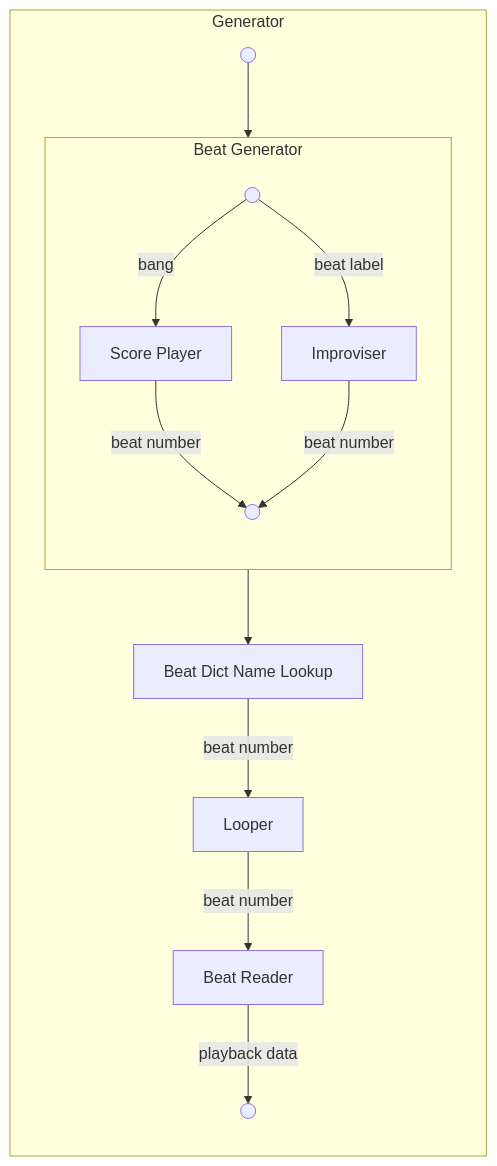
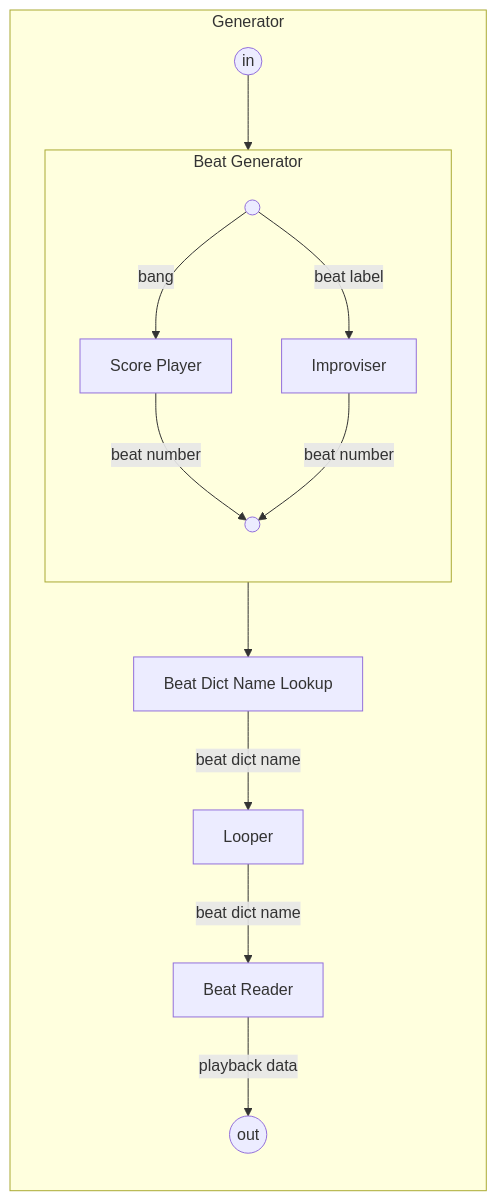
The first of 2 diagrams in content/3_API/5_improvisation/1_generator_components/_index.md (repmus-docs/DjazzDocs), drawn with Mermaid before and after one commit. The commit also changed 3 other files, not shown here.

Commit message:
add audio generator mermaid diagram

```diff
--- a/content/3_API/5_improvisation/1_generator_components/_index.md
+++ b/content/3_API/5_improvisation/1_generator_components/_index.md
@@ -9,28 +9,28 @@
 {{<mermaid align="left">}}
 flowchart TB;
 
 subgraph G[Generator];
 direction TB
 
-in(( ))
-out(( ))
+in((in))
+out((out))
 
 subgraph BNG[Beat Generator];
 direction TB
     in1(( ))
     scoreplayer[Score Player]
     improviser[Improviser]
     out1(( ))
     in1 -->|bang| scoreplayer -->|beat number| out1
     in1 -->|beat label| improviser -->|beat number| out1
 end
 
 bdnl[Beat Dict Name Lookup]
 loop[Looper]
 br[Beat Reader]
 in -->in1
-out1 -->bdnl -->|beat number| loop -->|beat number| br -->|playback data| out
+out1 -->bdnl -->|beat dict name| loop -->|beat dict name| br -->|playback data| out
 
 end
 
 {{< /mermaid >}}
```
